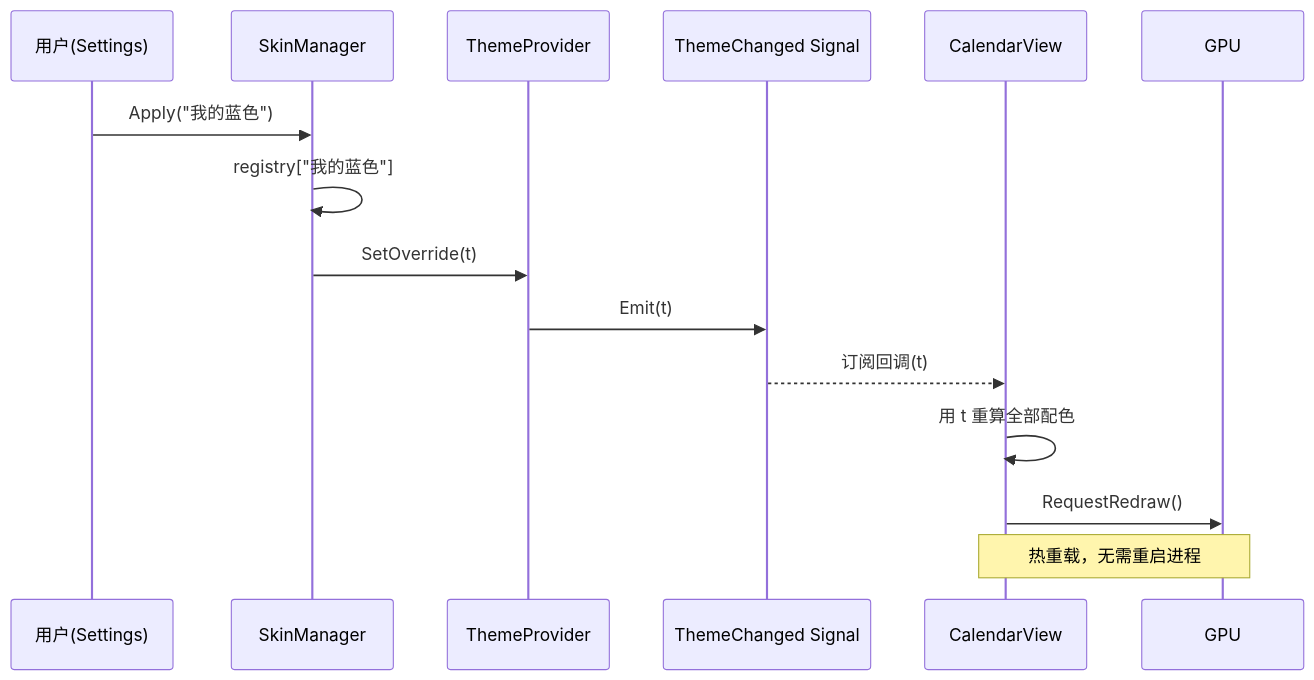
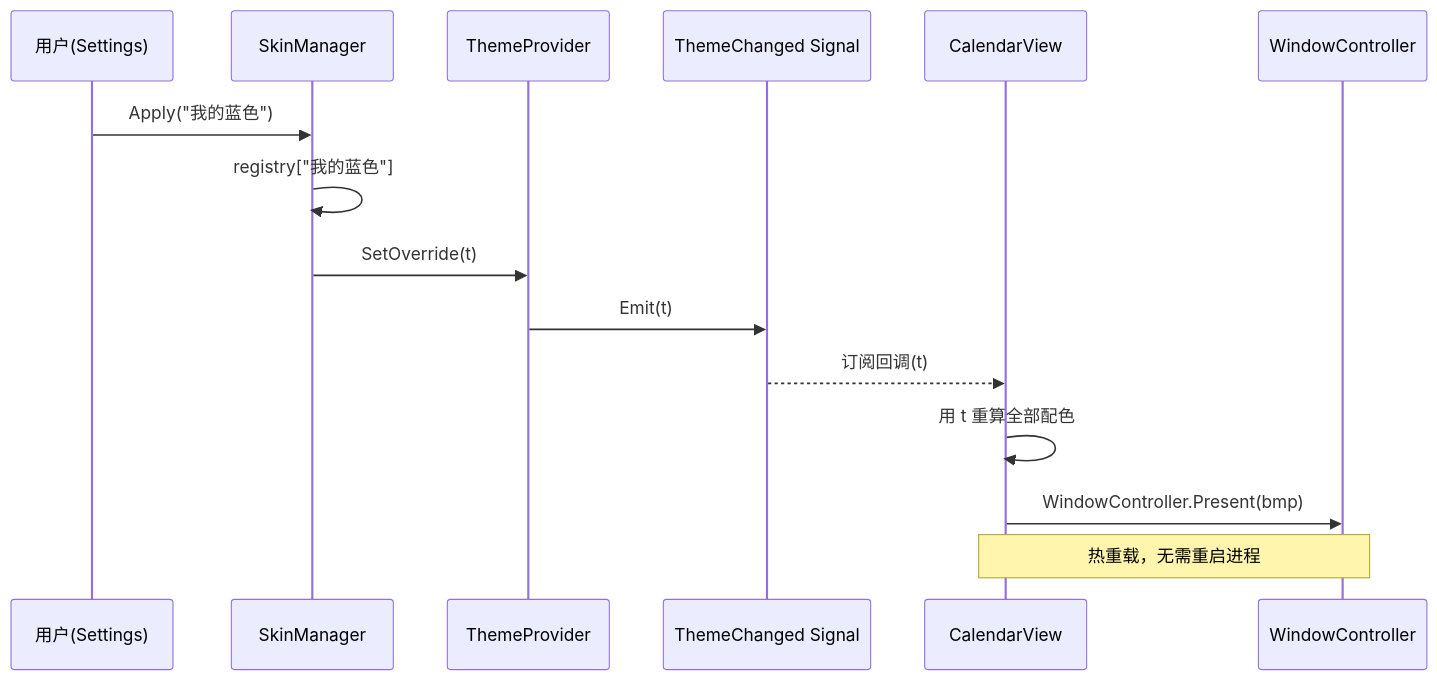
One commit to shaolei/DeskCalendar changed the third of 4 diagrams in docs/40-Theme/Skin.md. Above: the diagram before and after it, drawn with Mermaid. The commit also changed other lines of this file and 25 other files, not shown here.

````diff
--- a/docs/40-Theme/Skin.md
+++ b/docs/40-Theme/Skin.md
@@ -142,17 +142,18 @@
 ```mermaid
 sequenceDiagram
     participant U as 用户(Settings)
     participant SM as SkinManager
     participant TP as ThemeProvider
     participant Sig as ThemeChanged Signal
     participant UI as CalendarView
+    participant Win as WindowController
 
     U->>SM: Apply("我的蓝色")
     SM->>SM: registry["我的蓝色"]
     SM->>TP: SetOverride(t)
     TP->>Sig: Emit(t)
     Sig-->>UI: 订阅回调(t)
     UI->>UI: 用 t 重算全部配色
-    UI->>GPU: RequestRedraw()
-    Note over UI,GPU: 热重载，无需重启进程
+    UI->>Win: WindowController.Present(bmp)
+    Note over UI,Win: 热重载，无需重启进程
 ```
````
